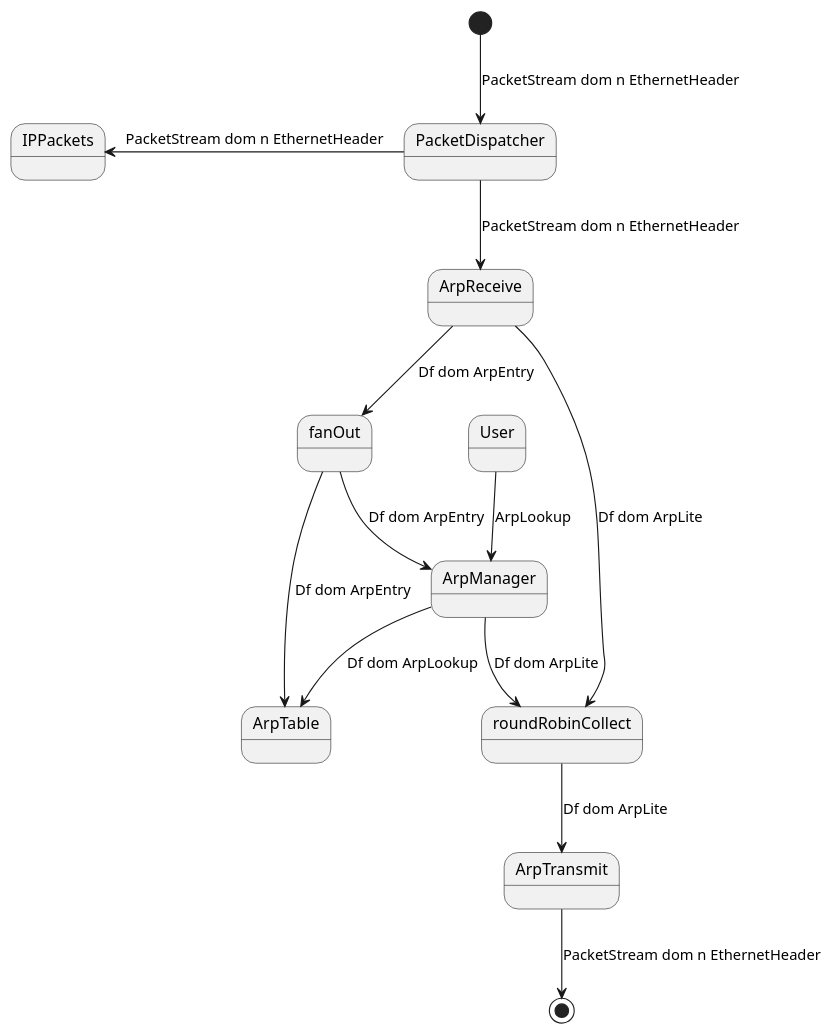
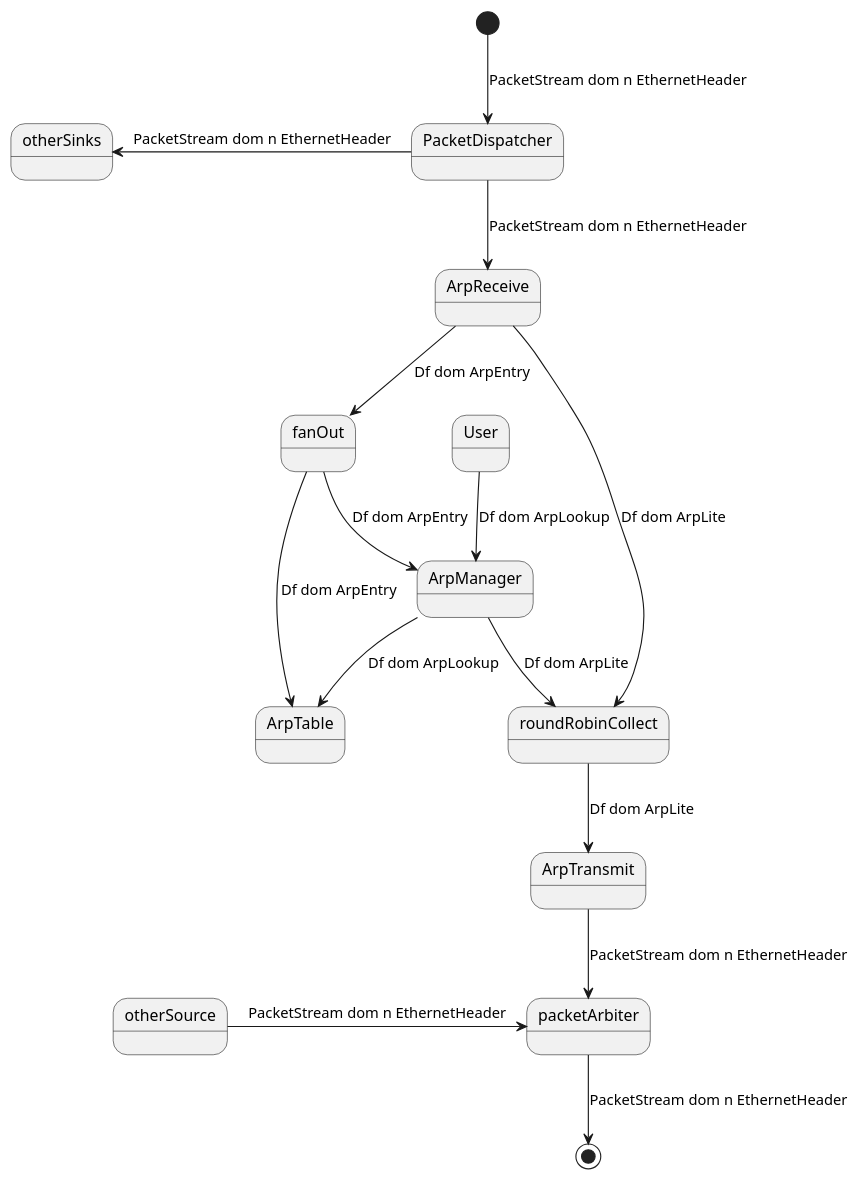
The diagram in diagram/arp.puml (GiPHouse/qbaylogic-clash-based-macipudp-stack-spring24), drawn with PlantUML before and after one commit. The commit also changed 1 other file, not shown here.

```diff
--- a/diagram/arp.puml
+++ b/diagram/arp.puml
@@ -1,14 +1,16 @@
 @startuml
 [*] --> PacketDispatcher : PacketStream dom n EthernetHeader
 PacketDispatcher --> ArpReceive : PacketStream dom n EthernetHeader
-PacketDispatcher -left-> IPPackets : PacketStream dom n EthernetHeader
+PacketDispatcher -left-> otherSinks : PacketStream dom n EthernetHeader
 ArpReceive --> fanOut : Df dom ArpEntry
 ArpReceive --> roundRobinCollect : Df dom ArpLite
 roundRobinCollect --> ArpTransmit : Df dom ArpLite
 fanOut --> ArpTable : Df dom ArpEntry
 fanOut --> ArpManager : Df dom ArpEntry
 ArpManager --> roundRobinCollect : Df dom ArpLite
 ArpManager --> ArpTable : Df dom ArpLookup
-ArpTransmit --> [*] : PacketStream dom n EthernetHeader
-User --> ArpManager : ArpLookup
+ArpTransmit --> packetArbiter : PacketStream dom n EthernetHeader
+otherSource -right-> packetArbiter : PacketStream dom n EthernetHeader
+packetArbiter --> [*] : PacketStream dom n EthernetHeader
+User --> ArpManager : Df dom ArpLookup
 @enduml
```
